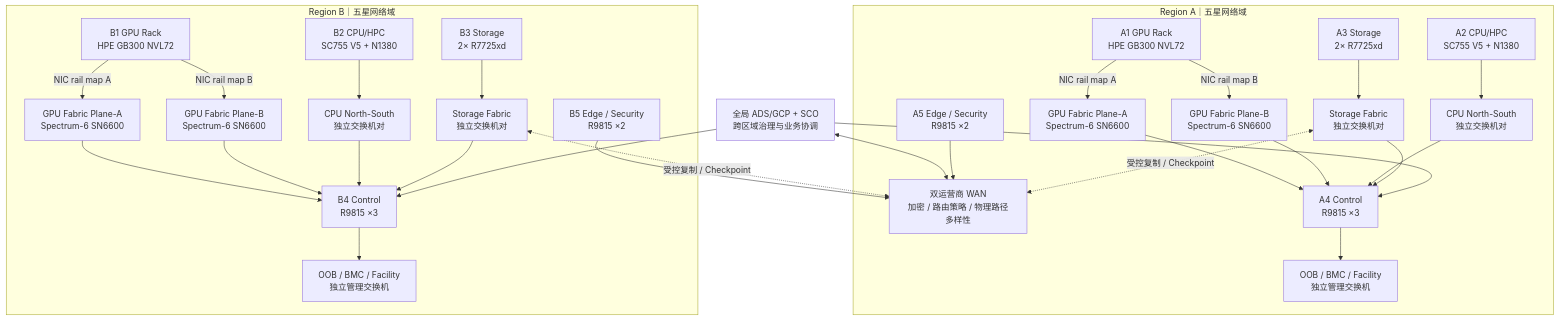
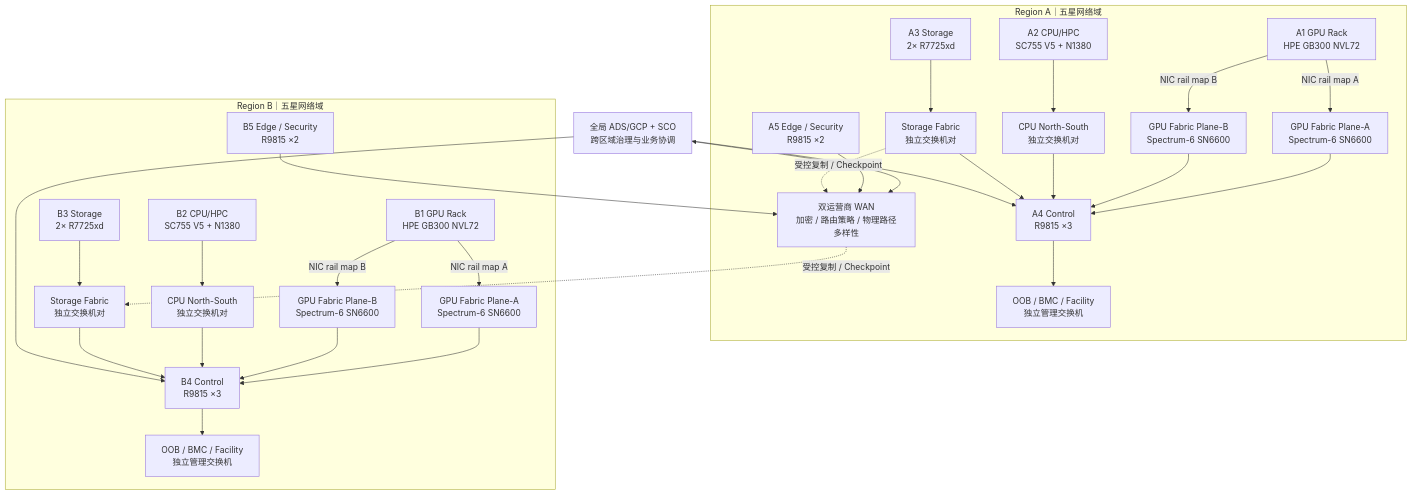
The diagram in Architecture-Research/Computing-Infrastructure/10-G2-06.11-Network-Power-Cooling-TCO-RC0/diagrams/G2-06.11_双区域网络拓扑.mmd (yixuan2016/Personal_AI_Infrastructure), drawn with Mermaid before and after one commit.

Commit message:
docs(compute-base): clarify NVL72 port mapping and infrastructure diagrams

```diff
--- a/Architecture-Research/Computing-Infrastructure/10-G2-06.11-Network-Power-Cooling-TCO-RC0/diagrams/G2-06.11_双区域网络拓扑.mmd
+++ b/Architecture-Research/Computing-Infrastructure/10-G2-06.11-Network-Power-Cooling-TCO-RC0/diagrams/G2-06.11_双区域网络拓扑.mmd
@@ -1,55 +1,55 @@
 flowchart TB
   CORE["全局 ADS/GCP + SCO<br/>跨区域治理与业务协调"]
   WAN["双运营商 WAN<br/>加密 / 路由策略 / 物理路径多样性"]
   CORE <--> WAN
 
   subgraph A["Region A｜五星网络域"]
     A_GPU["A1 GPU Rack<br/>HPE GB300 NVL72"]
     A_PA["GPU Fabric Plane-A<br/>Spectrum-6 SN6600"]
     A_PB["GPU Fabric Plane-B<br/>Spectrum-6 SN6600"]
     A_CPU["A2 CPU/HPC<br/>SC755 V5 + N1380"]
     A_ST["A3 Storage<br/>2× R7725xd"]
     A_CTL["A4 Control<br/>R9815 ×3"]
     A_EDGE["A5 Edge / Security<br/>R9815 ×2"]
     A_CONV["CPU North-South<br/>独立交换机对"]
     A_STR["Storage Fabric<br/>独立交换机对"]
     A_OOB["OOB / BMC / Facility<br/>独立管理交换机"]
     A_GPU -->|"NIC rail map A"| A_PA
     A_GPU -->|"NIC rail map B"| A_PB
     A_CPU --> A_CONV
     A_ST --> A_STR
     A_PA --> A_CTL
     A_PB --> A_CTL
     A_CONV --> A_CTL
     A_STR --> A_CTL
     A_CTL --> A_OOB
     A_EDGE --> WAN
   end
 
   subgraph B["Region B｜五星网络域"]
     B_GPU["B1 GPU Rack<br/>HPE GB300 NVL72"]
     B_PA["GPU Fabric Plane-A<br/>Spectrum-6 SN6600"]
     B_PB["GPU Fabric Plane-B<br/>Spectrum-6 SN6600"]
     B_CPU["B2 CPU/HPC<br/>SC755 V5 + N1380"]
     B_ST["B3 Storage<br/>2× R7725xd"]
     B_CTL["B4 Control<br/>R9815 ×3"]
     B_EDGE["B5 Edge / Security<br/>R9815 ×2"]
     B_CONV["CPU North-South<br/>独立交换机对"]
     B_STR["Storage Fabric<br/>独立交换机对"]
     B_OOB["OOB / BMC / Facility<br/>独立管理交换机"]
     B_GPU -->|"NIC rail map A"| B_PA
     B_GPU -->|"NIC rail map B"| B_PB
     B_CPU --> B_CONV
     B_ST --> B_STR
     B_PA --> B_CTL
     B_PB --> B_CTL
     B_CONV --> B_CTL
     B_STR --> B_CTL
     B_CTL --> B_OOB
     B_EDGE --> WAN
   end
 
   CORE --> A_CTL
   CORE --> B_CTL
-  A_STR <-.->|"受控复制 / Checkpoint"| WAN
-  B_STR <-.->|"受控复制 / Checkpoint"| WAN
+  A_STR -.->|"受控复制 / Checkpoint"| WAN
+  WAN -.->|"受控复制 / Checkpoint"| B_STR
```
